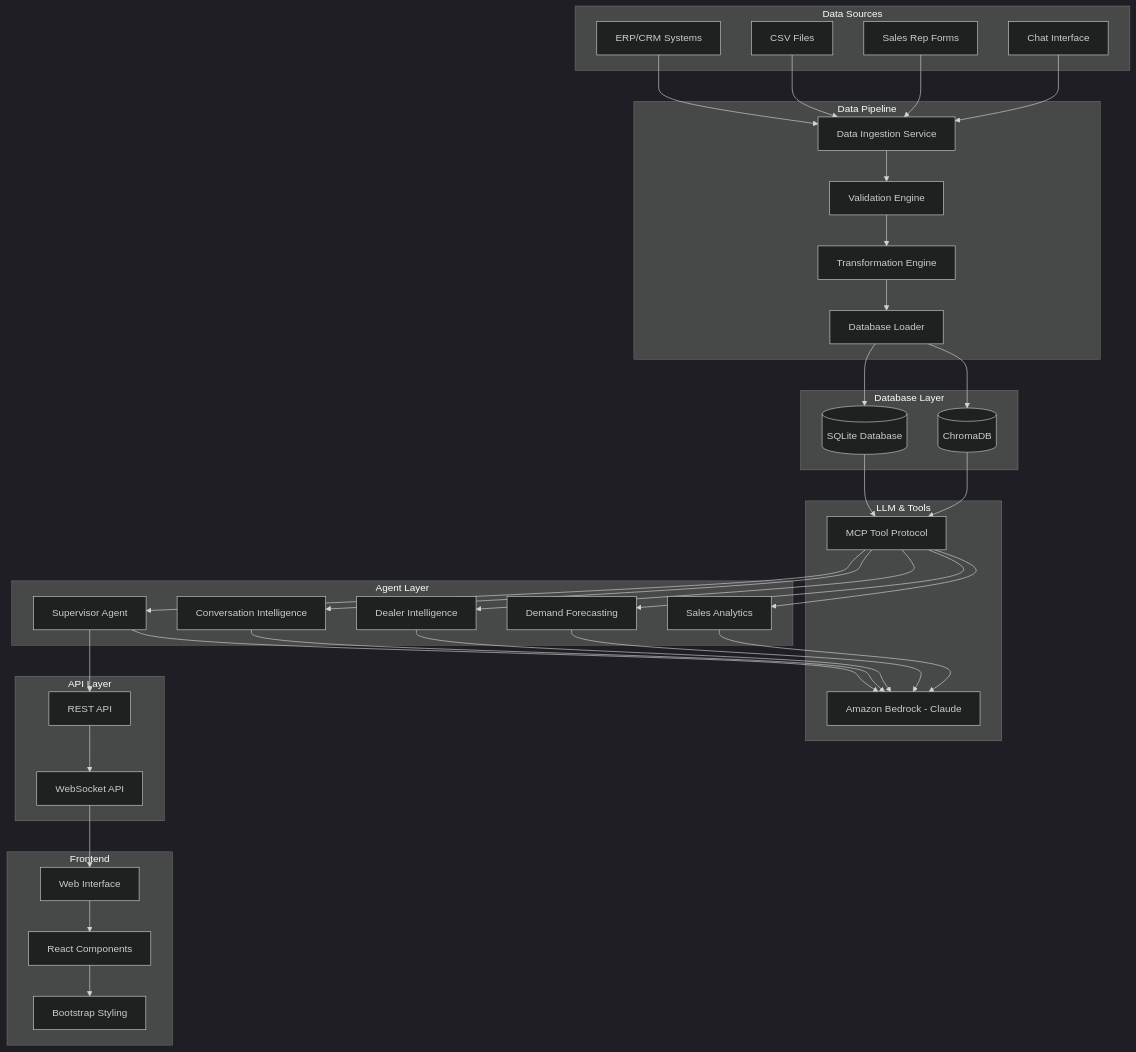
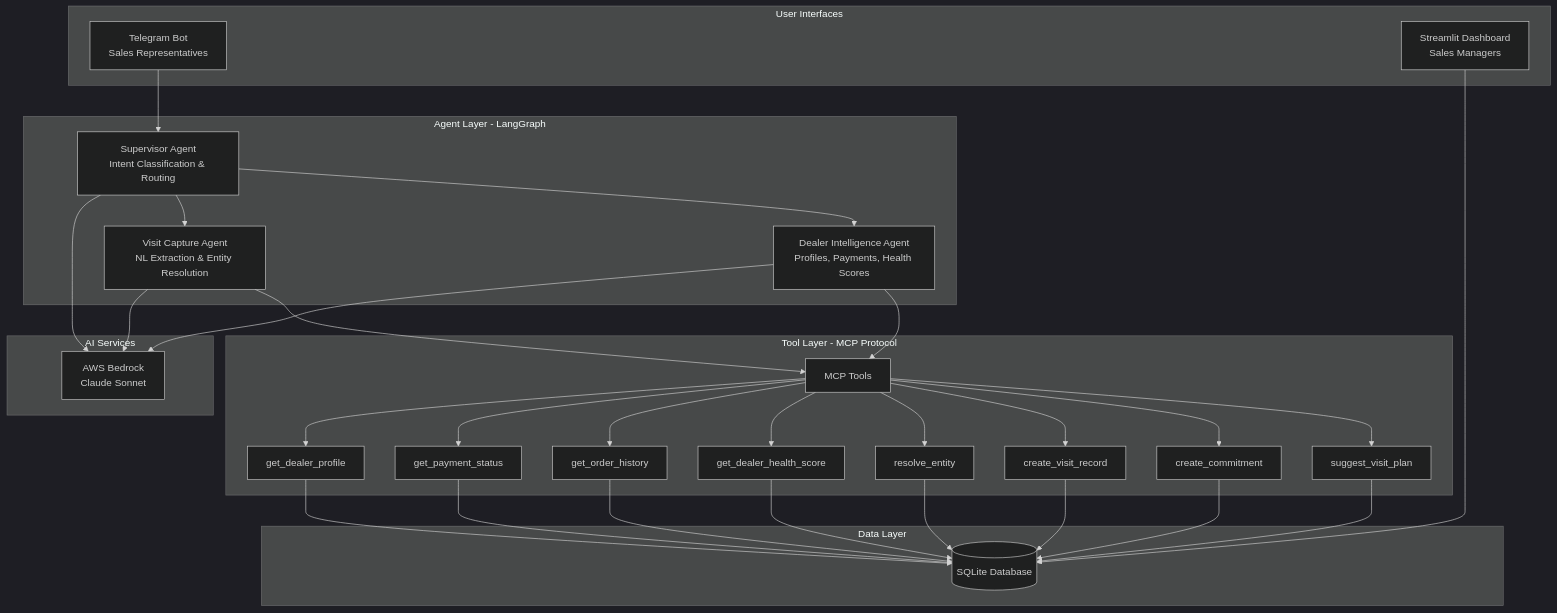
The first of 2 diagrams in .kiro/specs/retail-supply-chain-copilot/design.md (Ankan54/retail-scm-copilot), drawn with Mermaid (dark theme) before and after one commit. The commit also changed other lines of this file and 1 other file, not shown here.

````diff
--- a/.kiro/specs/retail-supply-chain-copilot/design.md
+++ b/.kiro/specs/retail-supply-chain-copilot/design.md
@@ -15,76 +15,64 @@
 ```mermaid
 graph TB
-    subgraph "Data Sources"
-        ERP[ERP/CRM Systems]
-        CSV[CSV Files]
-        FORMS[Sales Rep Forms]
-        CHAT[Chat Interface]
+    subgraph "User Interfaces"
+        TELEGRAM[Telegram Bot<br/>Sales Representatives]
+        STREAMLIT[Streamlit Dashboard<br/>Sales Managers]
     end
     
-    subgraph "Data Pipeline"
-        INGEST[Data Ingestion Service]
-        VALIDATE[Validation Engine]
-        TRANSFORM[Transformation Engine]
-        LOAD[Database Loader]
+    subgraph "Agent Layer - LangGraph"
+        SUPERVISOR[Supervisor Agent<br/>Intent Classification & Routing]
+        VISIT_CAPTURE[Visit Capture Agent<br/>NL Extraction & Entity Resolution]
+        DEALER_INTEL[Dealer Intelligence Agent<br/>Profiles, Payments, Health Scores]
     end
     
-    subgraph "Database Layer"
-        SQLITE[(SQLite Database)]
-        CHROMA[(ChromaDB)]
+    subgraph "Tool Layer - MCP Protocol"
+        MCP_TOOLS[MCP Tools]
+        GET_DEALER[get_dealer_profile]
+        GET_PAYMENT[get_payment_status]
+        GET_ORDERS[get_order_history]
+        GET_HEALTH[get_dealer_health_score]
+        RESOLVE[resolve_entity]
+        CREATE_VISIT[create_visit_record]
+        CREATE_COMMIT[create_commitment]
+        SUGGEST_PLAN[suggest_visit_plan]
     end
     
-    subgraph "Agent Layer"
-        SUPERVISOR[Supervisor Agent]
-        CONV_INTEL[Conversation Intelligence]
-        DEALER_INTEL[Dealer Intelligence]
-        DEMAND_FORECAST[Demand Forecasting]
-        SALES_ANALYTICS[Sales Analytics]
+    subgraph "Data Layer"
+        SQLITE[(SQLite Database)]
     end
     
-    subgraph "LLM & Tools"
-        BEDROCK[Amazon Bedrock - Claude]
-        MCP[MCP Tool Protocol]
+    subgraph "AI Services"
+        BEDROCK[AWS Bedrock<br/>Claude Sonnet]
     end
     
-    subgraph "API Layer"
-        REST[REST API]
-        WEBSOCKET[WebSocket API]
-    end
-    
-    subgraph "Frontend"
-        WEB[Web Interface]
-        COMPONENTS[React Components]
-        BOOTSTRAP[Bootstrap Styling]
-    end
-    
-    ERP --> INGEST
-    CSV --> INGEST
-    FORMS --> INGEST
-    CHAT --> INGEST
-    
-    INGEST --> VALIDATE
-    VALIDATE --> TRANSFORM
-    TRANSFORM --> LOAD
-    LOAD --> SQLITE
-    LOAD --> CHROMA
+    TELEGRAM --> SUPERVISOR
+    STREAMLIT --> SQLITE
     
     SUPERVISOR --> BEDROCK
-    CONV_INTEL --> BEDROCK
+    SUPERVISOR --> VISIT_CAPTURE
+    SUPERVISOR --> DEALER_INTEL
+    
+    VISIT_CAPTURE --> BEDROCK
+    VISIT_CAPTURE --> MCP_TOOLS
+    
     DEALER_INTEL --> BEDROCK
-    DEMAND_FORECAST --> BEDROCK
-    SALES_ANALYTICS --> BEDROCK
+    DEALER_INTEL --> MCP_TOOLS
     
-    SQLITE --> MCP
-    CHROMA --> MCP
-    MCP --> SUPERVISOR
-    MCP --> CONV_INTEL
-    MCP --> DEALER_INTEL
-    MCP --> DEMAND_FORECAST
-    MCP --> SALES_ANALYTICS
+    MCP_TOOLS --> GET_DEALER
+    MCP_TOOLS --> GET_PAYMENT
+    MCP_TOOLS --> GET_ORDERS
+    MCP_TOOLS --> GET_HEALTH
+    MCP_TOOLS --> RESOLVE
+    MCP_TOOLS --> CREATE_VISIT
+    MCP_TOOLS --> CREATE_COMMIT
+    MCP_TOOLS --> SUGGEST_PLAN
     
-    SUPERVISOR --> REST
-    REST --> WEBSOCKET
-    WEBSOCKET --> WEB
-    WEB --> COMPONENTS
-    COMPONENTS --> BOOTSTRAP
+    GET_DEALER --> SQLITE
+    GET_PAYMENT --> SQLITE
+    GET_ORDERS --> SQLITE
+    GET_HEALTH --> SQLITE
+    RESOLVE --> SQLITE
+    CREATE_VISIT --> SQLITE
+    CREATE_COMMIT --> SQLITE
+    SUGGEST_PLAN --> SQLITE
 ```
````
